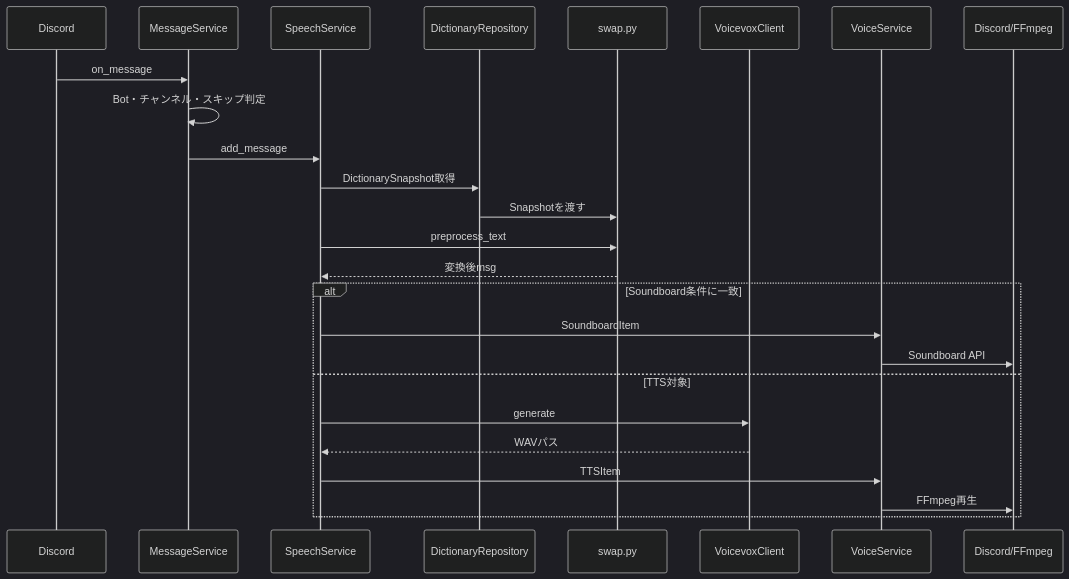
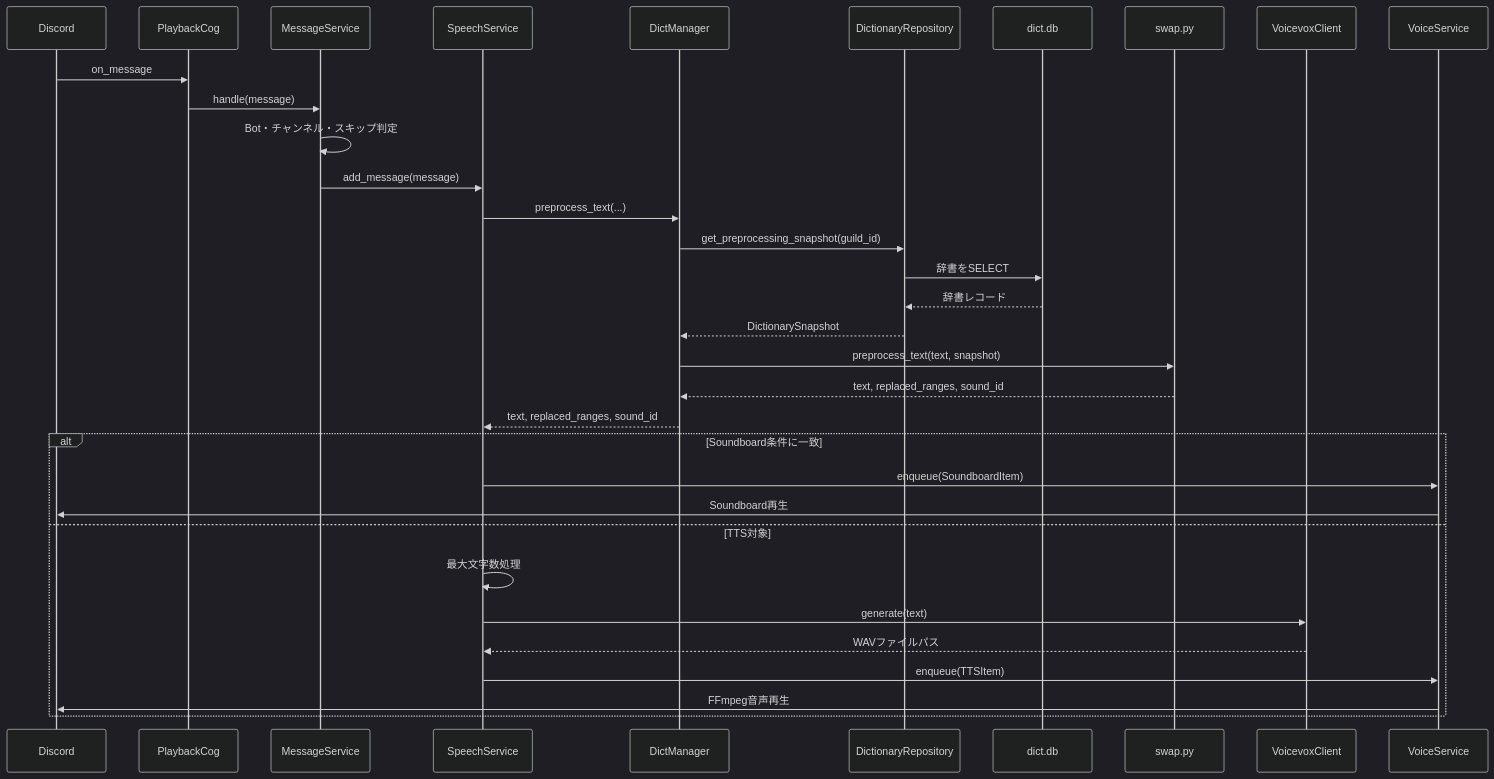
The second of 3 diagrams in docs/ARCHITECTURE.md (dora-ntmk/Tsumugium), drawn with Mermaid (dark theme) before and after one commit. The commit also changed other lines of this file, not shown here.

Commit message:
シーケンス図修正

````diff
--- a/docs/ARCHITECTURE.md
+++ b/docs/ARCHITECTURE.md
@@ -68,28 +72,36 @@
 ```mermaid
 sequenceDiagram
-    participant D as Discord
-    participant M as MessageService
-    participant S as SpeechService
-    participant R as DictionaryRepository
-    participant P as swap.py
-    participant V as VoicevoxClient
-    participant Q as VoiceService
-    participant A as Discord/FFmpeg
+    participant Discord
+    participant Cog as PlaybackCog
+    participant Message as MessageService
+    participant Speech as SpeechService
+    participant Dict as DictManager
+    participant Repo as DictionaryRepository
+    participant DB as dict.db
+    participant Swap as swap.py
+    participant VV as VoicevoxClient
+    participant Voice as VoiceService
 
-    D->>M: on_message
-    M->>M: Bot・チャンネル・スキップ判定
-    M->>S: add_message
-    S->>R: DictionarySnapshot取得
-    R->>P: Snapshotを渡す
-    S->>P: preprocess_text
-    P-->>S: 変換後msg
+    Discord->>Cog: on_message
+    Cog->>Message: handle(message)
+    Message->>Message: Bot・チャンネル・スキップ判定
+    Message->>Speech: add_message(message)
+    Speech->>Dict: preprocess_text(...)
+    Dict->>Repo: get_preprocessing_snapshot(guild_id)
+    Repo->>DB: 辞書をSELECT
+    DB-->>Repo: 辞書レコード
+    Repo-->>Dict: DictionarySnapshot
+    Dict->>Swap: preprocess_text(text, snapshot)
+    Swap-->>Dict: text, replaced_ranges, sound_id
+    Dict-->>Speech: text, replaced_ranges, sound_id
     alt Soundboard条件に一致
-        S->>Q: SoundboardItem
-        Q->>A: Soundboard API
+        Speech->>Voice: enqueue(SoundboardItem)
+        Voice->>Discord: Soundboard再生
     else TTS対象
-        S->>V: generate
-        V-->>S: WAVパス
-        S->>Q: TTSItem
-        Q->>A: FFmpeg再生
+        Speech->>Speech: 最大文字数処理
+        Speech->>VV: generate(text)
+        VV-->>Speech: WAVファイルパス
+        Speech->>Voice: enqueue(TTSItem)
+        Voice->>Discord: FFmpeg音声再生
     end
 ```
````
